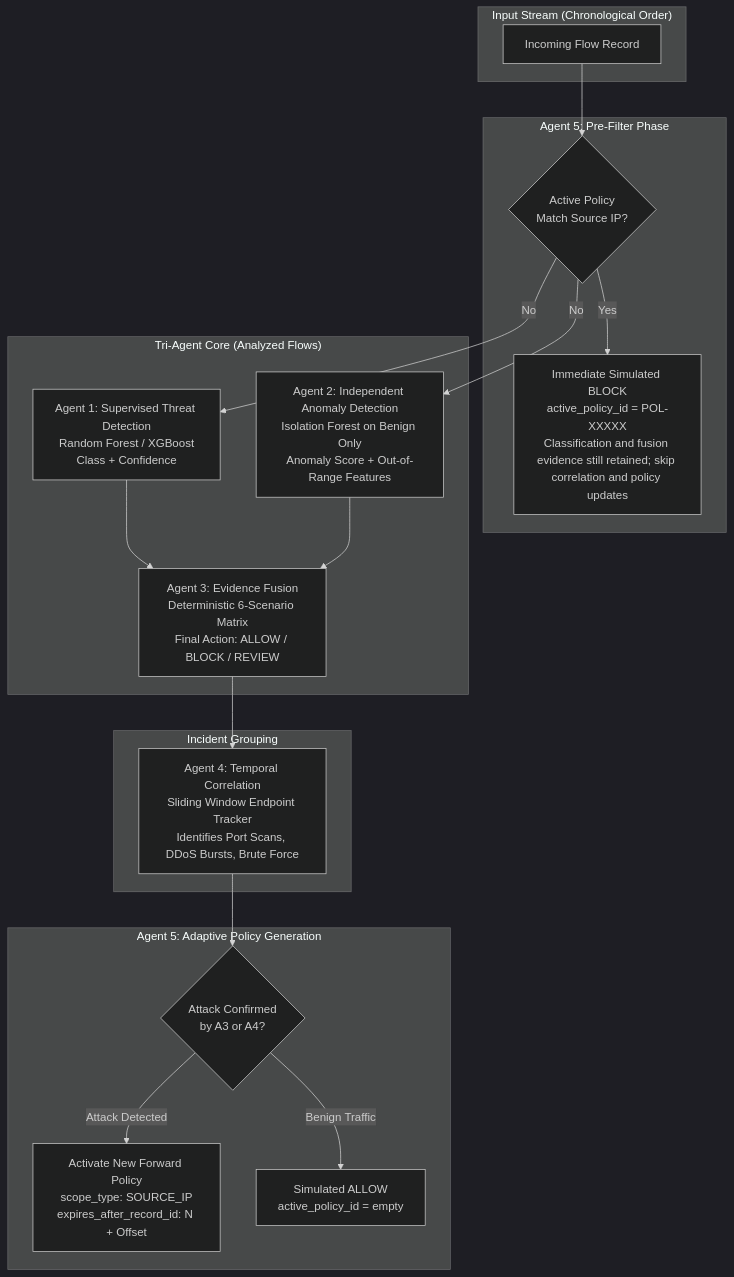
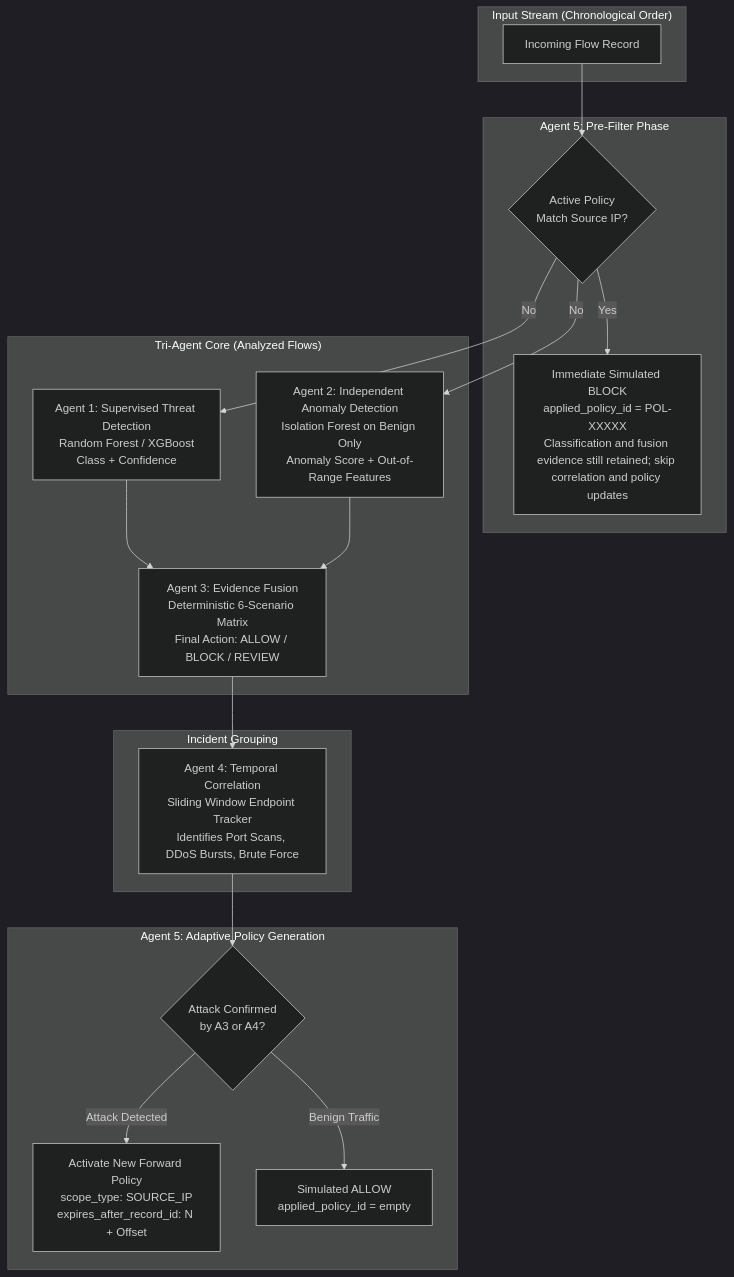
One commit to Aarush-JIIT-2030/jai changed the diagram in docs/level2-brief.md. Above: the diagram before and after it, drawn with Mermaid (dark theme). The commit also changed other lines of this file, not shown here.

````diff
--- a/docs/level2-brief.md
+++ b/docs/level2-brief.md
@@ -7,36 +7,36 @@
 ```mermaid
 flowchart TD
     subgraph Ingestion["Input Stream (Chronological Order)"]
         F[Incoming Flow Record]
     end
 
     subgraph A5_Pre["Agent 5: Pre-Filter Phase"]
         PF{Active Policy<br/>Match Source IP?}
-        BLK[Immediate Simulated BLOCK<br/>active_policy_id = POL-XXXXX<br/>Classification and fusion evidence still retained; skip correlation and policy updates]
+        BLK[Immediate Simulated BLOCK<br/>applied_policy_id = POL-XXXXX<br/>Classification and fusion evidence still retained; skip correlation and policy updates]
     end
 
     subgraph Detection["Tri-Agent Core (Analyzed Flows)"]
         A1[Agent 1: Supervised Threat Detection<br/>Random Forest / XGBoost<br/>Class + Confidence]
         A2[Agent 2: Independent Anomaly Detection<br/>Isolation Forest on Benign Only<br/>Anomaly Score + Out-of-Range Features]
         A3[Agent 3: Evidence Fusion<br/>Deterministic 6-Scenario Matrix<br/>Final Action: ALLOW / BLOCK / REVIEW]
     end
 
     subgraph Correlation["Incident Grouping"]
         A4[Agent 4: Temporal Correlation<br/>Sliding Window Endpoint Tracker<br/>Identifies Port Scans, DDoS Bursts, Brute Force]
     end
 
     subgraph A5_Post["Agent 5: Adaptive Policy Generation"]
         PG{Attack Confirmed<br/>by A3 or A4?}
         POL[Activate New Forward Policy<br/>scope_type: SOURCE_IP<br/>expires_after_record_id: N + Offset]
-        ALW[Simulated ALLOW<br/>active_policy_id = empty]
+        ALW[Simulated ALLOW<br/>applied_policy_id = empty]
     end
 
     F --> PF
     PF -- Yes --> BLK
     PF -- No --> A1 & A2
     A1 & A2 --> A3
     A3 --> A4
     A4 --> PG
     PG -- Attack Detected --> POL
     PG -- Benign Traffic --> ALW
 ```
````
